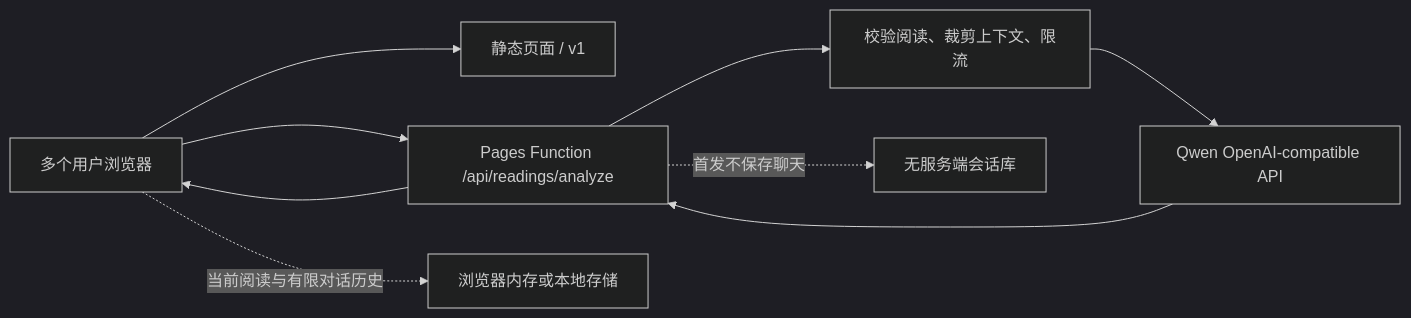
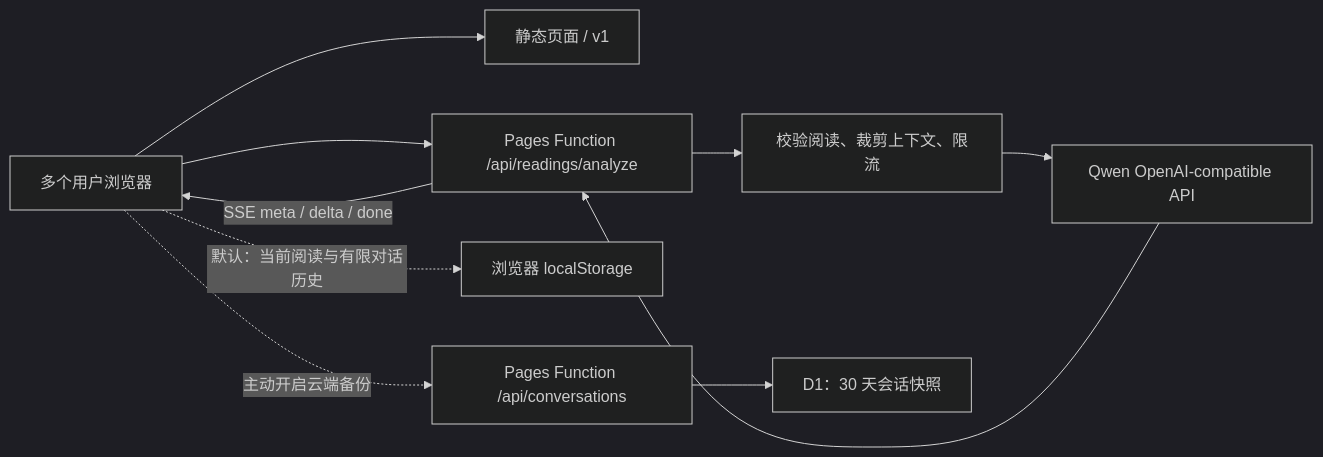
The diagram in docs/llm-interaction.md (farmcan/tarot), drawn with Mermaid (dark theme) before and after one commit. The commit also changed other lines of this file and 34 other files, not shown here.

````diff
--- a/docs/llm-interaction.md
+++ b/docs/llm-interaction.md
@@ -17,11 +17,12 @@
 ```mermaid
 flowchart LR
   U["多个用户浏览器"] --> S["静态页面 / v1"]
   U --> F["Pages Function /api/readings/analyze"]
   F --> V["校验阅读、裁剪上下文、限流"]
   V --> Q["Qwen OpenAI-compatible API"]
   Q --> F
-  F --> U
-  U -. "当前阅读与有限对话历史" .-> B["浏览器内存或本地存储"]
-  F -. "首发不保存聊天" .-> N["无服务端会话库"]
+  F -->|"SSE meta / delta / done"| U
+  U -. "默认：当前阅读与有限对话历史" .-> B["浏览器 localStorage"]
+  U -. "主动开启云端备份" .-> C["Pages Function /api/conversations"]
+  C --> D["D1：30 天会话快照"]
 ```
````
